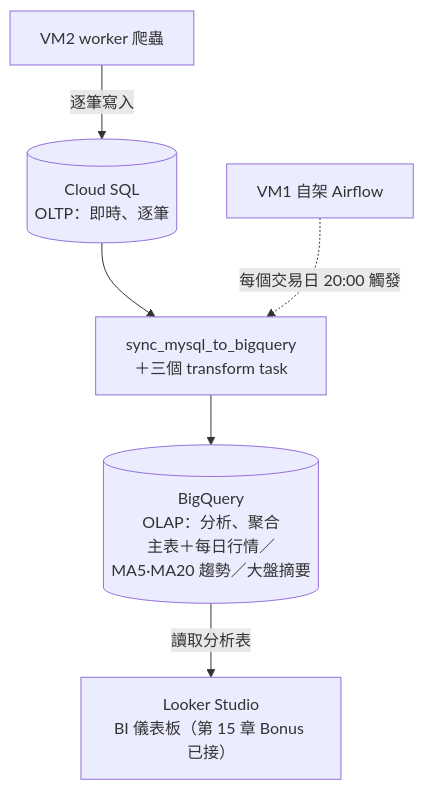
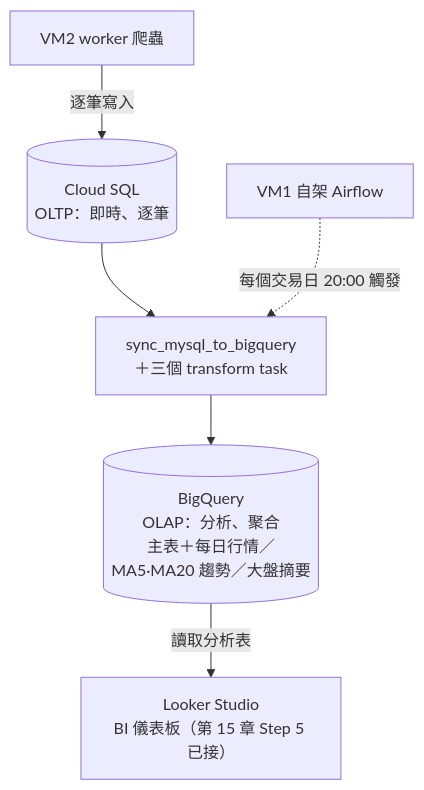
The diagram in 課程手冊/課程手冊17 - 每日資料線_Airflow排程與Composer.md (lu791019/stock-crawler-de-course-materials), drawn with Mermaid before and after one commit. The commit also changed other lines of this file and 5 other files, not shown here.

Commit message:
feat: 手冊15 導入 raw/stage/app 分層（Step 4 SQL 實作＋BQ 實跑截圖）、Bonus 轉正 Step 5；15-17 團體節加檢查表

````diff
--- a/課程手冊/課程手冊17 - 每日資料線_Airflow排程與Composer.md
+++ b/課程手冊/課程手冊17 - 每日資料線_Airflow排程與Composer.md
@@ -33,8 +33,8 @@
 ```mermaid
 flowchart TD
     W["VM2 worker 爬蟲"] -->|逐筆寫入| SQL[("Cloud SQL<br/>OLTP：即時、逐筆")]
     SQL --> SYNC["sync_mysql_to_bigquery<br/>＋三個 transform task"]
     SYNC --> BQ[("BigQuery<br/>OLAP：分析、聚合<br/>主表＋每日行情／MA5·MA20 趨勢／大盤摘要")]
-    BQ -->|讀取分析表| LS["Looker Studio<br/>BI 儀表板（第 15 章 Bonus 已接）"]
+    BQ -->|讀取分析表| LS["Looker Studio<br/>BI 儀表板（第 15 章 Step 5 已接）"]
     AF["VM1 自架 Airflow"] -.->|每個交易日 20:00 觸發| SYNC
 ```
````
